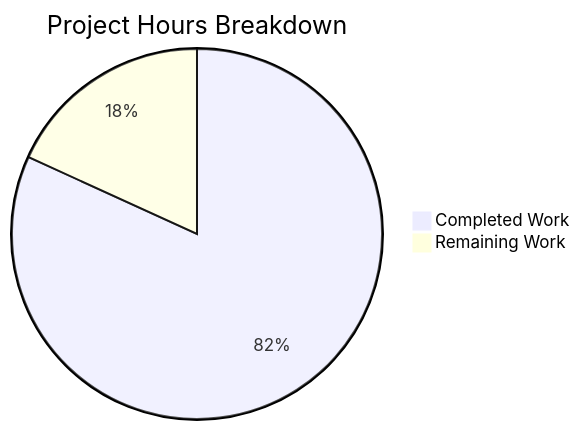
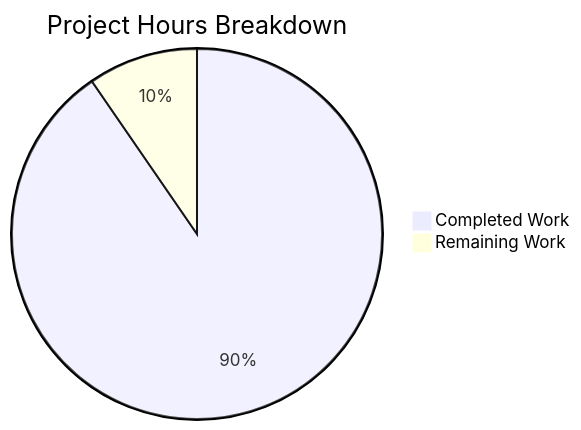
Before and after one commit to shaliniblitzy/6thaprilone: the second of 2 diagrams in blitzy/documentation/Project Guide.md, drawn with Mermaid. The commit also changed other lines of this file, not shown here.

Commit message:
Adding Blitzy Project Guide: Project Status and Human Tasks Remaining

````diff
--- a/blitzy/documentation/Project Guide.md
+++ b/blitzy/documentation/Project Guide.md
@@ -193,5 +190,5 @@
 ```mermaid
 pie title Project Hours Breakdown
-    "Completed Work" : 54
-    "Remaining Work" : 12
+    "Completed Work" : 89.5
+    "Remaining Work" : 9.5
 ```
````
